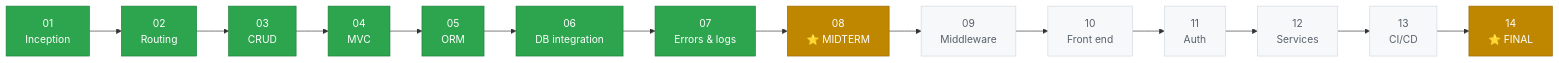
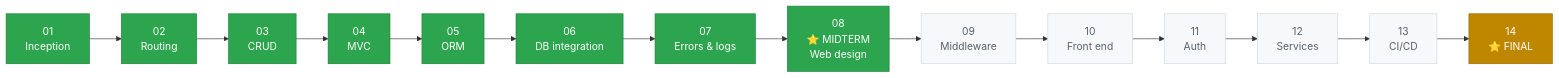
Diagram 11 of 13 in README.md (gulnihalarikaymak/alumni), drawn with Mermaid before and after one commit. The commit also changed other lines of this file and 6 other files, not shown here.

````diff
--- a/README.md
+++ b/README.md
@@ -515,9 +516,9 @@
 ```mermaid
 flowchart LR
     W1["01<br/>Inception"]:::done --> W2["02<br/>Routing"]:::done --> W3["03<br/>CRUD"]:::done --> W4["04<br/>MVC"]:::done --> W5["05<br/>ORM"]:::done --> W6["06<br/>DB integration"]:::done --> W7["07<br/>Errors & logs"]:::done
-    W7 --> W8["08<br/>⭐ MIDTERM"]:::exam --> W9["09<br/>Middleware"]:::todo --> W10["10<br/>Front end"]:::todo --> W11["11<br/>Auth"]:::todo --> W12["12<br/>Services"]:::todo --> W13["13<br/>CI/CD"]:::todo --> W14["14<br/>⭐ FINAL"]:::exam
+    W7 --> W8["08<br/>⭐ MIDTERM<br/>Web design"]:::done --> W9["09<br/>Middleware"]:::todo --> W10["10<br/>Front end"]:::todo --> W11["11<br/>Auth"]:::todo --> W12["12<br/>Services"]:::todo --> W13["13<br/>CI/CD"]:::todo --> W14["14<br/>⭐ FINAL"]:::exam
 
     classDef done fill:#2da44e,color:#fff,stroke:#1a7f37
     classDef todo fill:#f6f8fa,color:#57606a,stroke:#d0d7de
     classDef exam fill:#bf8700,color:#fff,stroke:#9a6700
 ```
````
